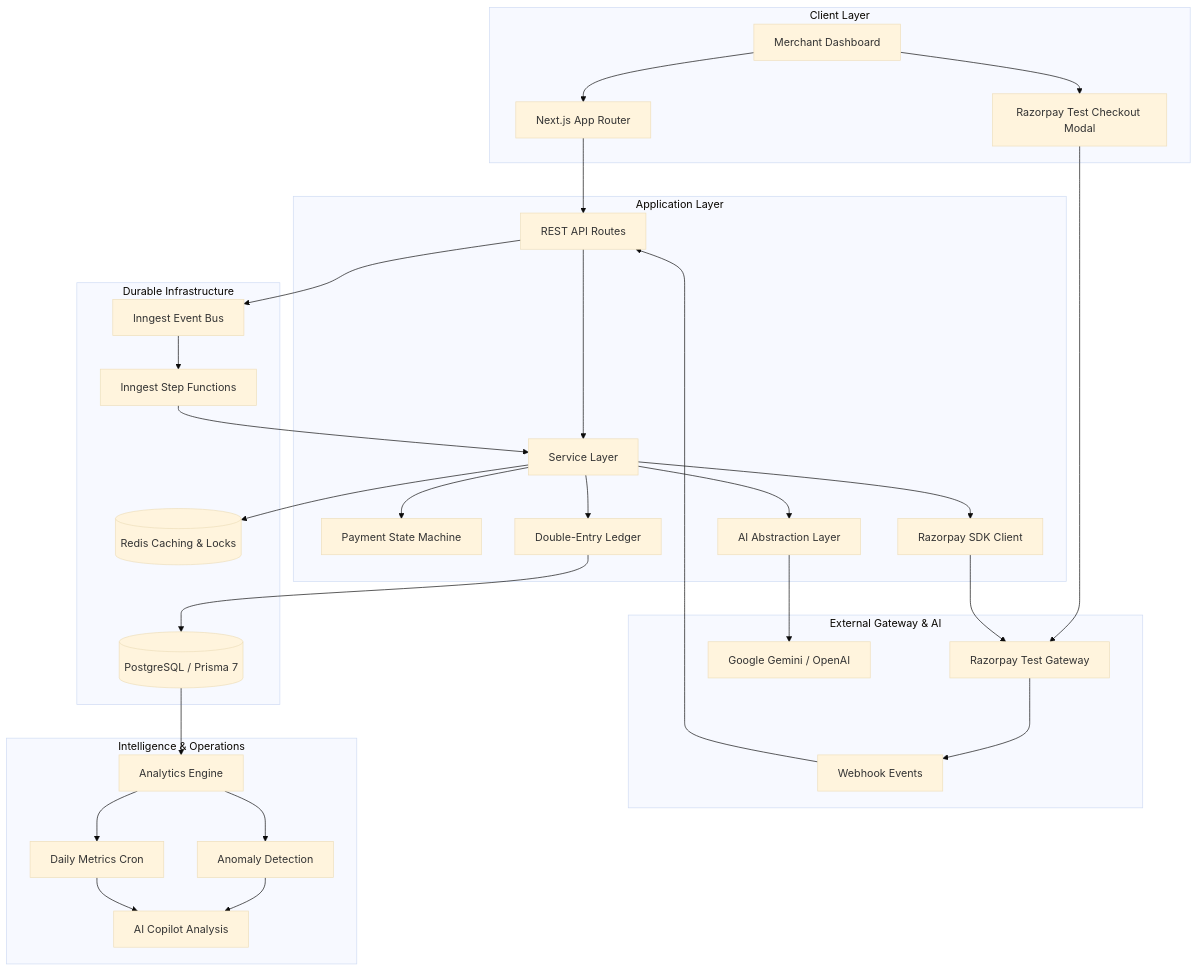
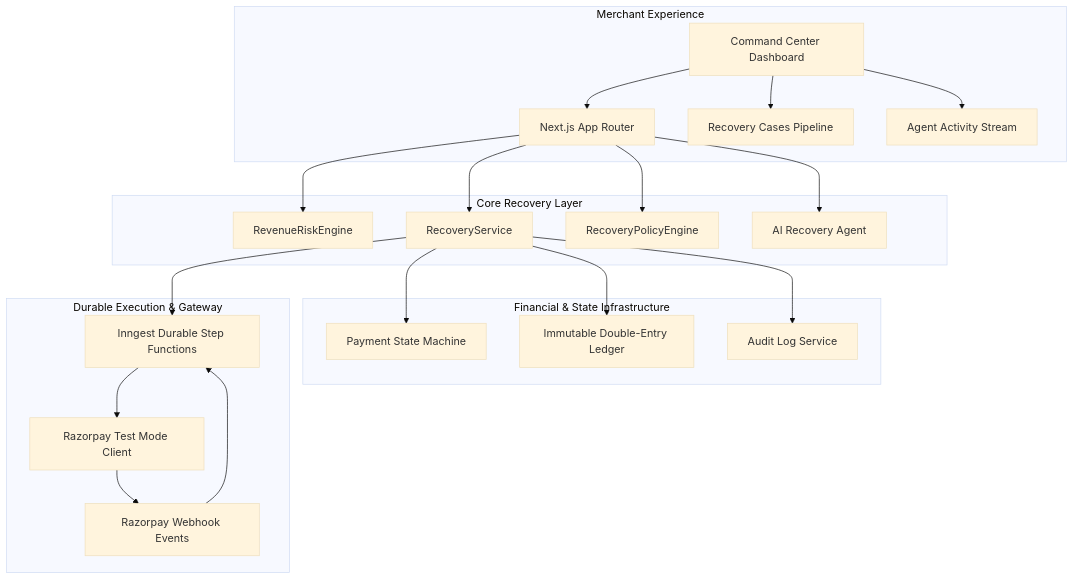
Before and after one commit to Abhijeetkv/AI-Payment-Infrastructure-and-Revenue-Copilot: the diagram in README.md, drawn with Mermaid (base theme). The commit also changed other lines of this file and 37 other files, not shown here.

Commit message:
implemented comprehensive AI-driven revenue recovery system with automated policy enforcement and lifecycle management

````diff
--- a/README.md
+++ b/README.md
@@ -23,40 +49,28 @@
 ```mermaid
 graph TD
-    subgraph "Client Layer"
-        A[Merchant Dashboard] --> B[Next.js App Router]
-        A --> C[Razorpay Test Checkout Modal]
+    subgraph "Merchant Experience"
+        A[Command Center Dashboard] --> B[Next.js App Router]
+        A --> C[Recovery Cases Pipeline]
+        A --> D[Agent Activity Stream]
     end
 
-    subgraph "Application Layer"
-        B --> D[REST API Routes]
-        D --> E[Service Layer]
-        E --> F[Payment State Machine]
-        E --> G[Double-Entry Ledger]
-        E --> H[Razorpay SDK Client]
-        E --> I[AI Abstraction Layer]
+    subgraph "Core Recovery Layer"
+        B --> E[RevenueRiskEngine]
+        B --> F[RecoveryService]
+        B --> G[RecoveryPolicyEngine]
+        B --> H[AI Recovery Agent]
     end
 
-    subgraph "External Gateway & AI"
-        C --> J[Razorpay Test Gateway]
-        H --> J
-        J --> K[Webhook Events]
-        I --> L[Google Gemini / OpenAI]
+    subgraph "Financial & State Infrastructure"
+        F --> I[Payment State Machine]
+        F --> J[Immutable Double-Entry Ledger]
+        F --> K[Audit Log Service]
     end
 
-    subgraph "Durable Infrastructure"
-        K --> D
-        D --> M[Inngest Event Bus]
-        M --> N[Inngest Step Functions]
-        N --> E
-        G --> O[(PostgreSQL / Prisma 7)]
-        E --> P[(Redis Caching & Locks)]
-    end
-
-    subgraph "Intelligence & Operations"
-        O --> Q[Analytics Engine]
-        Q --> R[Daily Metrics Cron]
-        Q --> S[Anomaly Detection]
-        S --> T[AI Copilot Analysis]
-        R --> T
+    subgraph "Durable Execution & Gateway"
+        F --> L[Inngest Durable Step Functions]
+        L --> M[Razorpay Test Mode Client]
+        M --> N[Razorpay Webhook Events]
+        N --> L
     end
 ```
````
